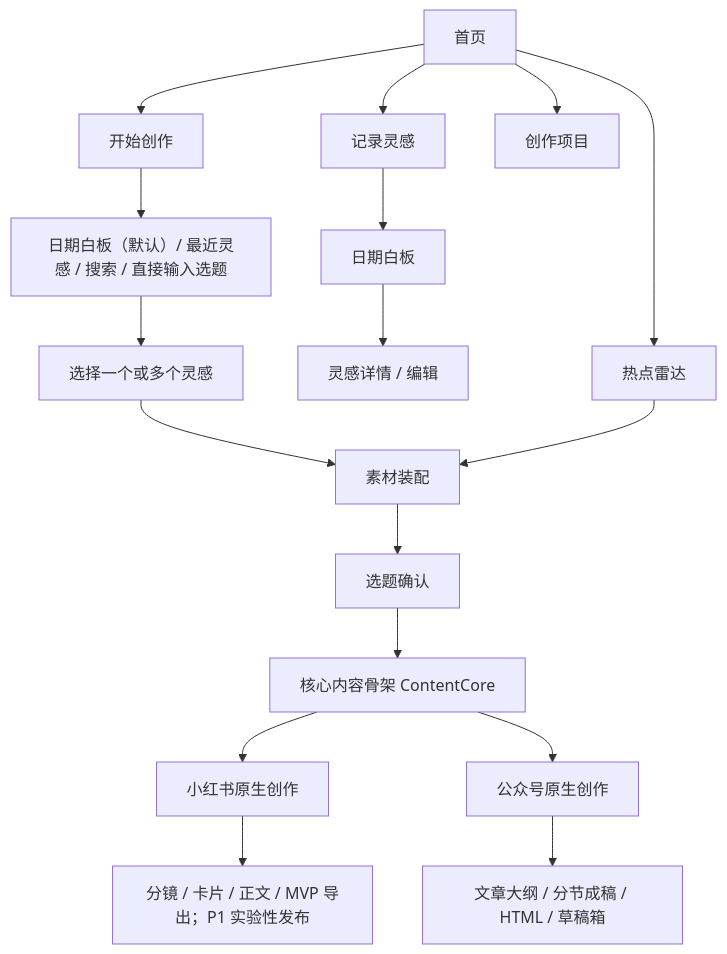
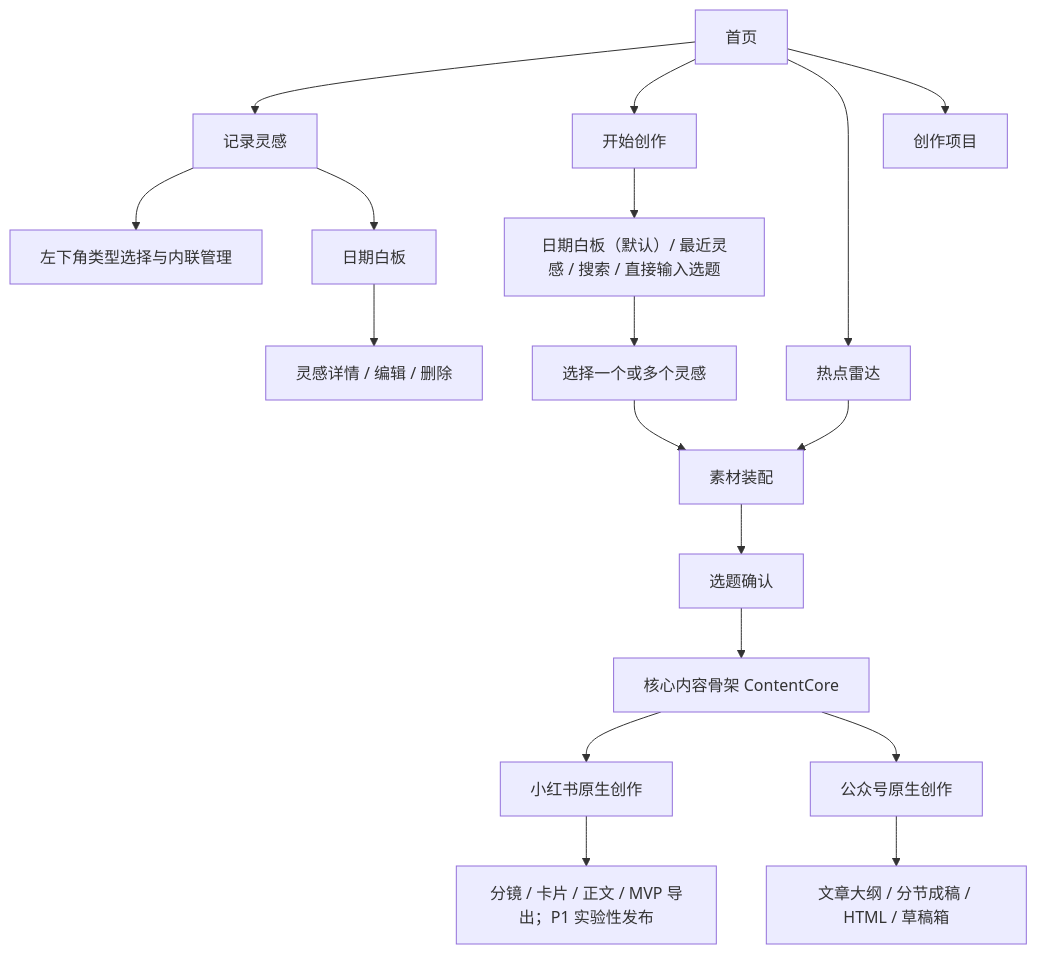
The first of 2 diagrams in 02-产品需求与信息架构方案.md (StevenFlyGit/Content-Collect-Create), drawn with Mermaid before and after one commit. The commit also changed other lines of this file and 22 other files, not shown here.

````diff
--- a/02-产品需求与信息架构方案.md
+++ b/02-产品需求与信息架构方案.md
@@ -34,21 +34,22 @@
 ```mermaid
 flowchart TD
     H["首页"] --> I["记录灵感"]
     H --> C["开始创作"]
     H --> R["热点雷达"]
     H --> P["创作项目"]
 
+    I --> TM["左下角类型选择与内联管理"]
     I --> D["日期白板"]
-    D --> V["灵感详情 / 编辑"]
+    D --> V["灵感详情 / 编辑 / 删除"]
 
     C --> S0["日期白板（默认）/ 最近灵感 / 搜索 / 直接输入选题"]
     S0 --> S1["选择一个或多个灵感"]
     S1 --> S2["素材装配"]
     R --> S2
     S2 --> T["选题确认"]
     T --> CC["核心内容骨架 ContentCore"]
     CC --> X["小红书原生创作"]
     CC --> W["公众号原生创作"]
     X --> PX["分镜 / 卡片 / 正文 / MVP 导出；P1 实验性发布"]
     W --> PW["文章大纲 / 分节成稿 / HTML / 草稿箱"]
 ```
````
